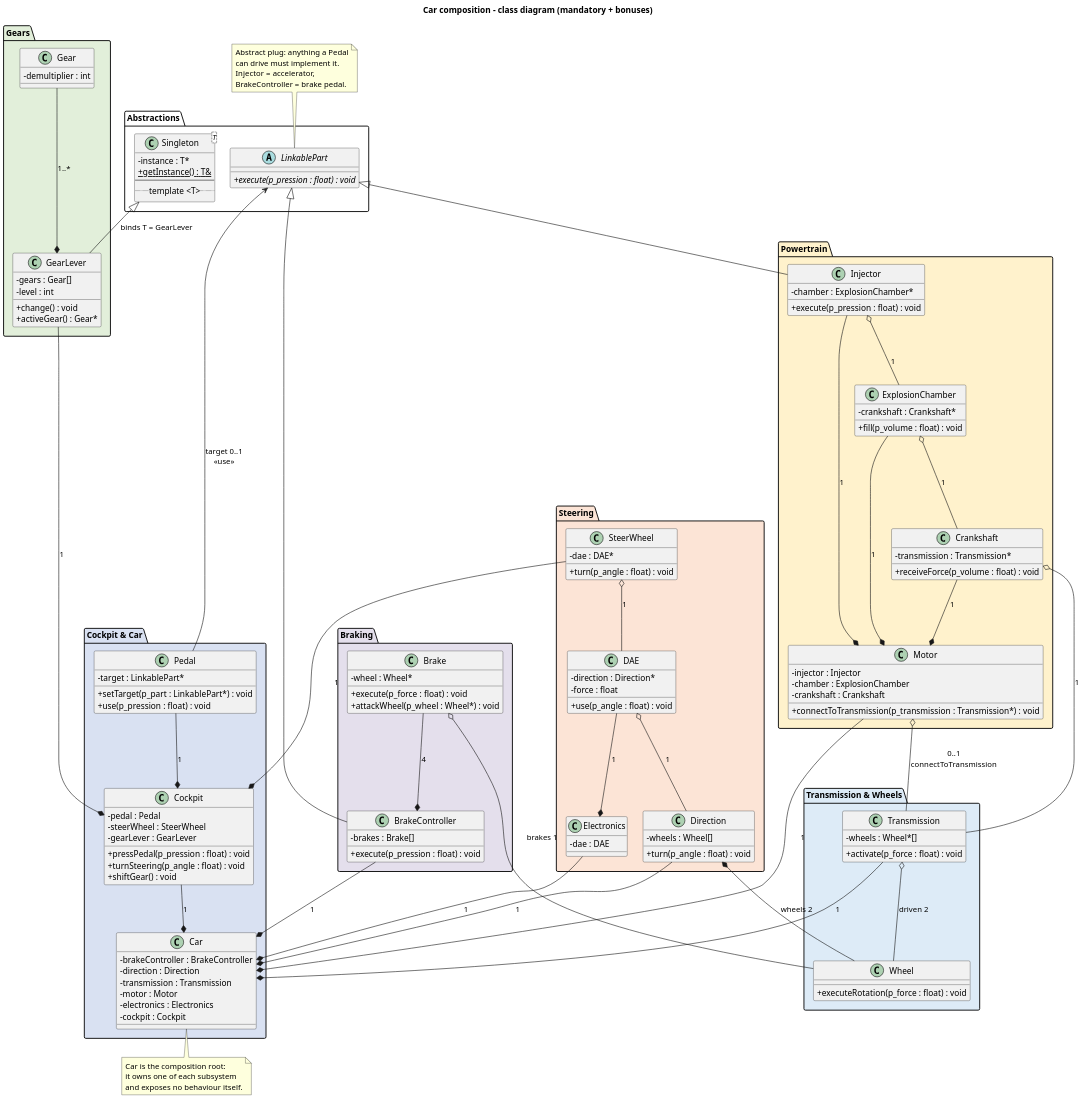
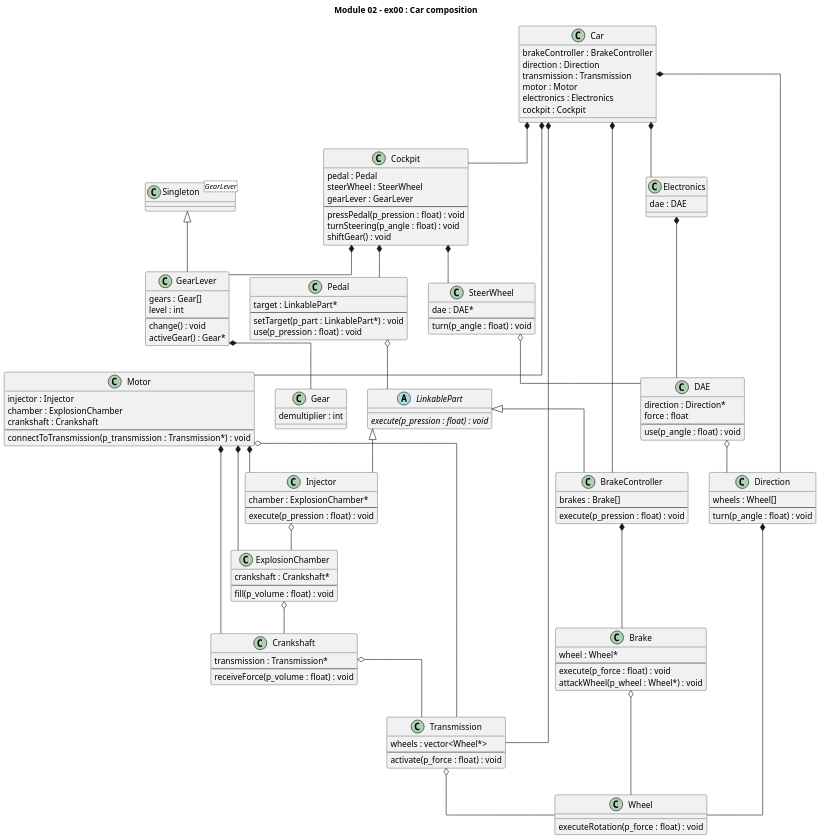
Before and after one commit to shoganaix/Piscine-object: the diagram in module02/ex00/subject.puml, drawn with PlantUML. The commit also changed other lines of this file and 2 other files, not shown here.

Commit message:
Update on module02

```diff
--- a/module02/ex00/subject.puml
+++ b/module02/ex00/subject.puml
@@ -1,201 +11,178 @@
 @startuml subject
-' ============================================================
-' Module 02 - ex00 : Car composition (mandatory + bonuses 1-3)
-' Source : subject.puml  ->  renders to subject.png (PlantUML)
-' ------------------------------------------------------------
-' Reading key (also in README.md) :
-'   * every entity is a class (bonus: struct -> class)
-'   * -private attribute / +public method (bonus 2)
-'   * A <|-- B      : B inherits/realises A (arrow MUST point
-'                     up, parent on top - the only allowed
-'                     ascending links, bonus 1)
-'   * A *-up-- B    : A COMPOSES B (by value, filled diamond
-'                     on A). The whole is always BELOW its part,
-'                     so the link descends (bonus 1).
-'   * A o-down-- B  : A AGGREGATES B (borrowed pointer, hollow
-'                     diamond on A). Links always descend.
-'   * A -up-> B     : use-dependency. The single one here is
-'                     Pedal -> LinkablePart, justified by DIP
-'                     (depend on the abstraction).
-'   * every link carries a multiplicity (bonus 3)
-'   * coloured packages = functional blocks (bonus 3)
-' ============================================================
-skinparam ranksep 30
-skinparam nodesep 26
-skinparam packageTitleAlignment center
+skinparam ranksep 45
+skinparam nodesep 35
+skinparam linetype ortho
 skinparam classAttributeIconSize 0
 skinparam shadowing false
 skinparam dpi 150
 
-title Car composition - class diagram (mandatory + bonuses)
+title Module 02 - ex00 : Car composition
 
-' ---------- abstraction layer : always on top ----------
-package "Abstractions" #FFFFFF {
-  abstract class LinkablePart {
-    + {abstract} execute(p_pression : float) : void
-  }
-  class "Singleton<T>" as Singleton {
-    - instance : T*
-    + {static} getInstance() : T&
-    --
-    .. template <T> ..
-  }
+' ---------------------------- classes & structures  ------------------------
+
+abstract class LinkablePart {
+    {abstract} execute(p_pression : float) : void
 }
 
-' ---------- powertrain ----------
-package "Powertrain" #FFF2CC {
-  class Injector {
-    - chamber : ExplosionChamber*
-    + execute(p_pression : float) : void
-  }
-  class ExplosionChamber {
-    - crankshaft : Crankshaft*
-    + fill(p_volume : float) : void
-  }
-  class Crankshaft {
-    - transmission : Transmission*
-    + receiveForce(p_volume : float) : void
-  }
-  class Motor {
-    - injector : Injector
-    - chamber : ExplosionChamber
-    - crankshaft : Crankshaft
-    + connectToTransmission(p_transmission : Transmission*) : void
-  }
+class "Singleton<GearLever>" as SingletonGearLever
+
+class Wheel {
+    executeRotation(p_force : float) : void
 }
 
-' ---------- wheels / transmission ----------
-package "Transmission & Wheels" #DDEBF7 {
-  class Transmission {
-    - wheels : Wheel*[]
-    + activate(p_force : float) : void
-  }
-  class Wheel {
-    + executeRotation(p_force : float) : void
-  }
+class Gear {
+    demultiplier : int
 }
 
-' ---------- braking ----------
-package "Braking" #E4DFEC {
-  class Brake {
-    - wheel : Wheel*
-    + execute(p_force : float) : void
-    + attackWheel(p_wheel : Wheel*) : void
-  }
-  class BrakeController {
-    - brakes : Brake[]
-    + execute(p_pression : float) : void
-  }
+class GearLever {
+    gears : Gear[]
+    level : int
+    --
+    change() : void
+    activeGear() : Gear*
 }
 
-' ---------- steering ----------
-package "Steering" #FCE4D6 {
-  class SteerWheel {
-    - dae : DAE*
-    + turn(p_angle : float) : void
-  }
-  class DAE {
-    - direction : Direction*
-    - force : float
-    + use(p_angle : float) : void
-  }
-  class Direction {
-    - wheels : Wheel[]
-    + turn(p_angle : float) : void
-  }
-  class Electronics {
-    - dae : DAE
-  }
+class Transmission {
+    wheels : vector<Wheel*>
+    --
+    activate(p_force : float) : void
 }
 
-' ---------- gears ----------
-package "Gears" #E2EFDA {
-  class Gear {
-    - demultiplier : int
-  }
-  class GearLever {
-    - gears : Gear[]
-    - level : int
-    + change() : void
-    + activeGear() : Gear*
-  }
+class Crankshaft {
+    transmission : Transmission*
+    --
+    receiveForce(p_volume : float) : void
 }
 
-' ---------- cockpit & car : composition root at the bottom ----------
-package "Cockpit & Car" #D9E1F2 {
-  class Pedal {
-    - target : LinkablePart*
-    + setTarget(p_part : LinkablePart*) : void
-    + use(p_pression : float) : void
-  }
-  class Cockpit {
-    - pedal : Pedal
-    - steerWheel : SteerWheel
-    - gearLever : GearLever
-    + pressPedal(p_pression : float) : void
-    + turnSteering(p_angle : float) : void
-    + shiftGear() : void
-  }
-  class Car {
-    - brakeController : BrakeController
-    - direction : Direction
-    - transmission : Transmission
-    - motor : Motor
-    - electronics : Electronics
-    - cockpit : Cockpit
-  }
+class ExplosionChamber {
+    crankshaft : Crankshaft*
+    --
+    fill(p_volume : float) : void
 }
 
-' ---------- generalisation : parents on top, arrows up ----------
+class Injector {
+    chamber : ExplosionChamber*
+    --
+    execute(p_pression : float) : void
+}
+
+class Motor {
+    injector : Injector
+    chamber : ExplosionChamber
+    crankshaft : Crankshaft
+    --
+    connectToTransmission(p_transmission : Transmission*) : void
+}
+
+class Pedal {
+    target : LinkablePart*
+    --
+    setTarget(p_part : LinkablePart*) : void
+    use(p_pression : float) : void
+}
+
+class Direction {
+    wheels : Wheel[]
+    --
+    turn(p_angle : float) : void
+}
+
+class DAE {
+    direction : Direction*
+    force : float
+    --
+    use(p_angle : float) : void
+}
+
+class SteerWheel {
+    dae : DAE*
+    --
+    turn(p_angle : float) : void
+}
+
+class Brake {
+    wheel : Wheel*
+    --
+    execute(p_force : float) : void
+    attackWheel(p_wheel : Wheel*) : void
+}
+
+class BrakeController {
+    brakes : Brake[]
+    --
+    execute(p_pression : float) : void
+}
+
+class Cockpit {
+    pedal : Pedal
+    steerWheel : SteerWheel
+    gearLever : GearLever
+    --
+    pressPedal(p_pression : float) : void
+    turnSteering(p_angle : float) : void
+    shiftGear() : void
+}
+
+class Electronics {
+    dae : DAE
+}
+
+class Car {
+    brakeController : BrakeController
+    direction : Direction
+    transmission : Transmission
+    motor : Motor
+    electronics : Electronics
+    cockpit : Cockpit
+}
+
+' ------------------------------ inheritance  --------------------------
+
 LinkablePart <|-- Injector
 LinkablePart <|-- BrakeController
-Singleton <|-- GearLever : binds T = GearLever
+SingletonGearLever <|-- GearLever
 
-' ---------- composition : whole BELOW part, links descend ----------
-Motor *-up-- Injector : "1"
-Motor *-up-- ExplosionChamber : "1"
-Motor *-up-- Crankshaft : "1"
-GearLever *-up-- Gear : "1..*"
-BrakeController *-up-- Brake : "4"
-Cockpit *-up-- Pedal : "1"
-Cockpit *-up-- SteerWheel : "1"
-Cockpit *-up-- GearLever : "1"
-Electronics *-up-- DAE : "1"
-Direction *-- Wheel : "wheels 2"
-Car *-up-- BrakeController : "1"
-Car *-up-- Direction : "1"
-Car *-up-- Transmission : "1"
-Car *-up-- Motor : "1"
-Car *-up-- Electronics : "1"
-Car *-up-- Cockpit : "1"
+' ---------- composition (filled diamond = owns the object) ------------
 
-' ---------- aggregation : borrowed pointers, links descend ----------
-Injector o-down-- ExplosionChamber : "1"
-ExplosionChamber o-down-- Crankshaft : "1"
-Crankshaft o-down-- Transmission : "1"
-Motor o-down-- Transmission : "0..1\nconnectToTransmission"
-Transmission o-down-- Wheel : "driven 2"
-Brake o-down-- Wheel : "brakes 1"
-SteerWheel o-down-- DAE : "1"
-DAE o-down-- Direction : "1"
+GearLever *-- Gear
 
-' ---------- polymorphic pedal plug (DIP) ----------
-' One pedal drives any LinkablePart: the Injector (accelerator)
-' or the BrakeController (brake). The pedal only knows the
-' abstraction, never the concrete class.
-Pedal -up-> LinkablePart : "target 0..1\n<<use>>"
+Motor *-- Injector
+Motor *-- ExplosionChamber
+Motor *-- Crankshaft
 
-note top of LinkablePart
-  Abstract plug: anything a Pedal
-  can drive must implement it.
-  Injector = accelerator,
-  BrakeController = brake pedal.
-end note
+Direction *-- Wheel
 
-note bottom of Car
-  Car is the composition root:
-  it owns one of each subsystem
-  and exposes no behaviour itself.
-end note
+BrakeController *-- Brake
+
+Electronics *-- DAE
+
+Cockpit *-- Pedal
+Cockpit *-- SteerWheel
+Cockpit *-- GearLever
+
+Car *-- BrakeController
+Car *-- Direction
+Car *-- Transmission
+Car *-- Motor
+Car *-- Electronics
+Car *-- Cockpit
+
+' ---------- aggregation (empty diamond = references an object) ----------
+
+Transmission o-- Wheel
+
+Crankshaft o-- Transmission
+ExplosionChamber o-- Crankshaft
+Injector o-- ExplosionChamber
+
+Pedal o-- LinkablePart
+
+DAE o-- Direction
+SteerWheel o-- DAE
+
+Brake o-- Wheel
+
+' Motor connects to an external transmission
+Motor o-- Transmission
 
 @enduml
```
